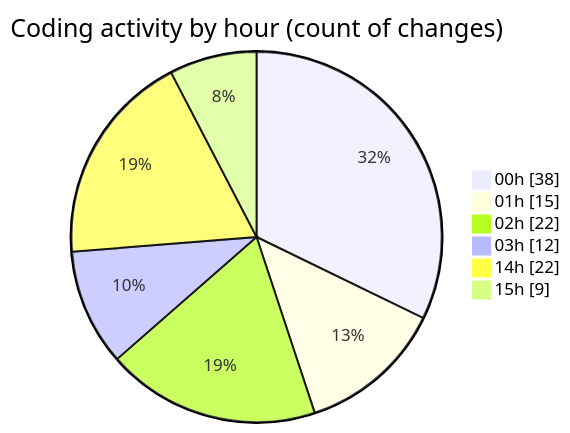
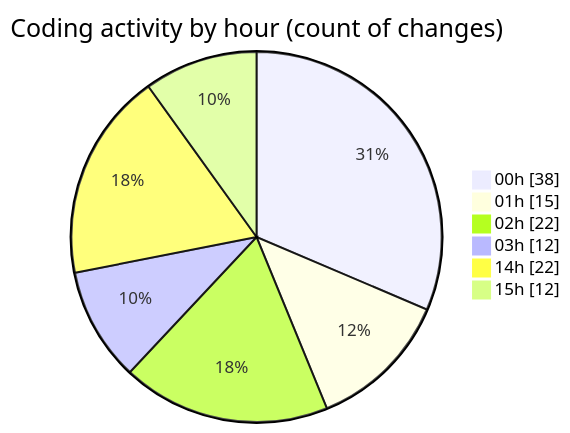
One commit to donsfak/code-tracking changed the second of 2 diagrams in 2025-03-08/uber_clone/README.md. Above: the diagram before and after it, drawn with Mermaid. The commit also changed other lines of this file and 1 other file, not shown here.

````diff
--- a/2025-03-08/uber_clone/README.md
+++ b/2025-03-08/uber_clone/README.md
@@ -34,10 +34,10 @@
 ```mermaid
 pie showData
 title Coding activity by hour (count of changes)
 "00h" : 38
 "01h" : 15
 "02h" : 22
 "03h" : 12
 "14h" : 22
-"15h" : 9
+"15h" : 12
 ```
````
